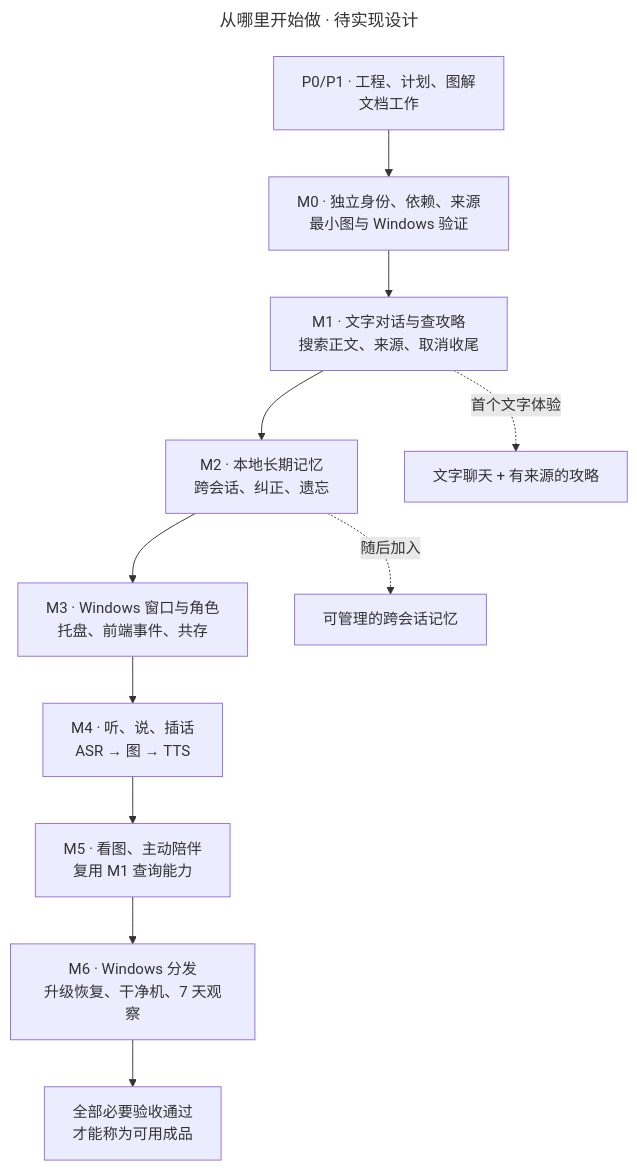
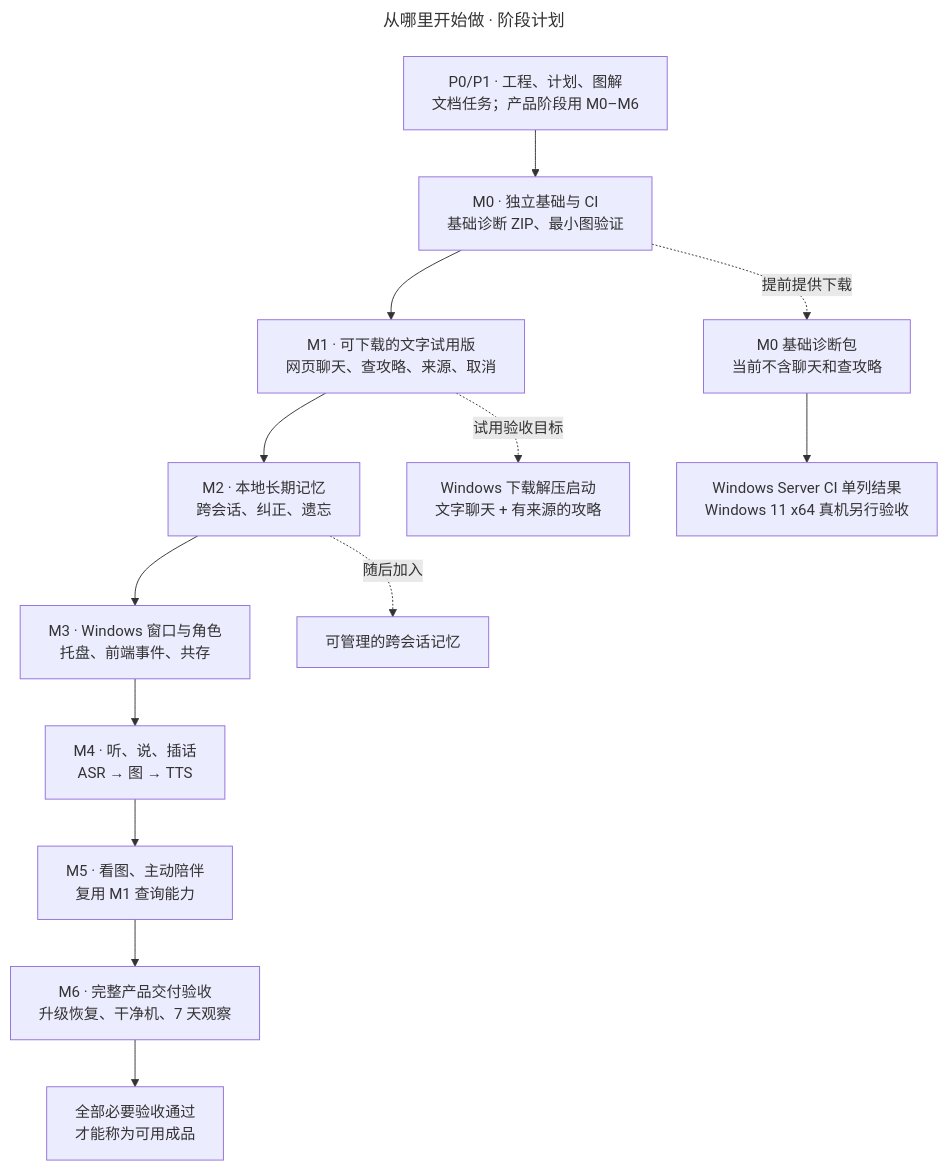
The diagram in docs/diagrams/src/00-roadmap.mmd (FrigidCrow/ai-neko), drawn with Mermaid before and after one commit. The commit also changed 23 other files, not shown here.

```diff
--- a/docs/diagrams/src/00-roadmap.mmd
+++ b/docs/diagrams/src/00-roadmap.mmd
@@ -1,14 +1,19 @@
 ---
-title: "从哪里开始做 · 待实现设计"
+title: "从哪里开始做 · 阶段计划"
+config:
+  flowchart:
+    wrappingWidth: 320
 ---
 flowchart TD
-    P["P0/P1 · 工程、计划、图解<br/>文档工作"] --> A["M0 · 独立身份、依赖、来源<br/>最小图与 Windows 验证"]
-    A --> B["M1 · 文字对话与查攻略<br/>搜索正文、来源、取消收尾"]
+    P["P0/P1 · 工程、计划、图解<br/>文档任务；产品阶段用 M0–M6"] --> A["M0 · 独立基础与 CI<br/>基础诊断 ZIP、最小图验证"]
+    A --> B["M1 · 可下载的文字试用版<br/>网页聊天、查攻略、来源、取消"]
     B --> C["M2 · 本地长期记忆<br/>跨会话、纠正、遗忘"]
     C --> D["M3 · Windows 窗口与角色<br/>托盘、前端事件、共存"]
     D --> E["M4 · 听、说、插话<br/>ASR → 图 → TTS"]
     E --> F["M5 · 看图、主动陪伴<br/>复用 M1 查询能力"]
-    F --> G["M6 · Windows 分发<br/>升级恢复、干净机、7 天观察"]
-    B -. "首个文字体验" .-> H["文字聊天 + 有来源的攻略"]
+    F --> G["M6 · 完整产品交付验收<br/>升级恢复、干净机、7 天观察"]
+    A -. "提前提供下载" .-> Z["M0 基础诊断包<br/>当前不含聊天和查攻略"]
+    Z --> W["Windows Server CI 单列结果<br/>Windows 11 x64 真机另行验收"]
+    B -. "试用验收目标" .-> H["Windows 下载解压启动<br/>文字聊天 + 有来源的攻略"]
     C -. "随后加入" .-> J["可管理的跨会话记忆"]
     G --> I["全部必要验收通过<br/>才能称为可用成品"]
```
